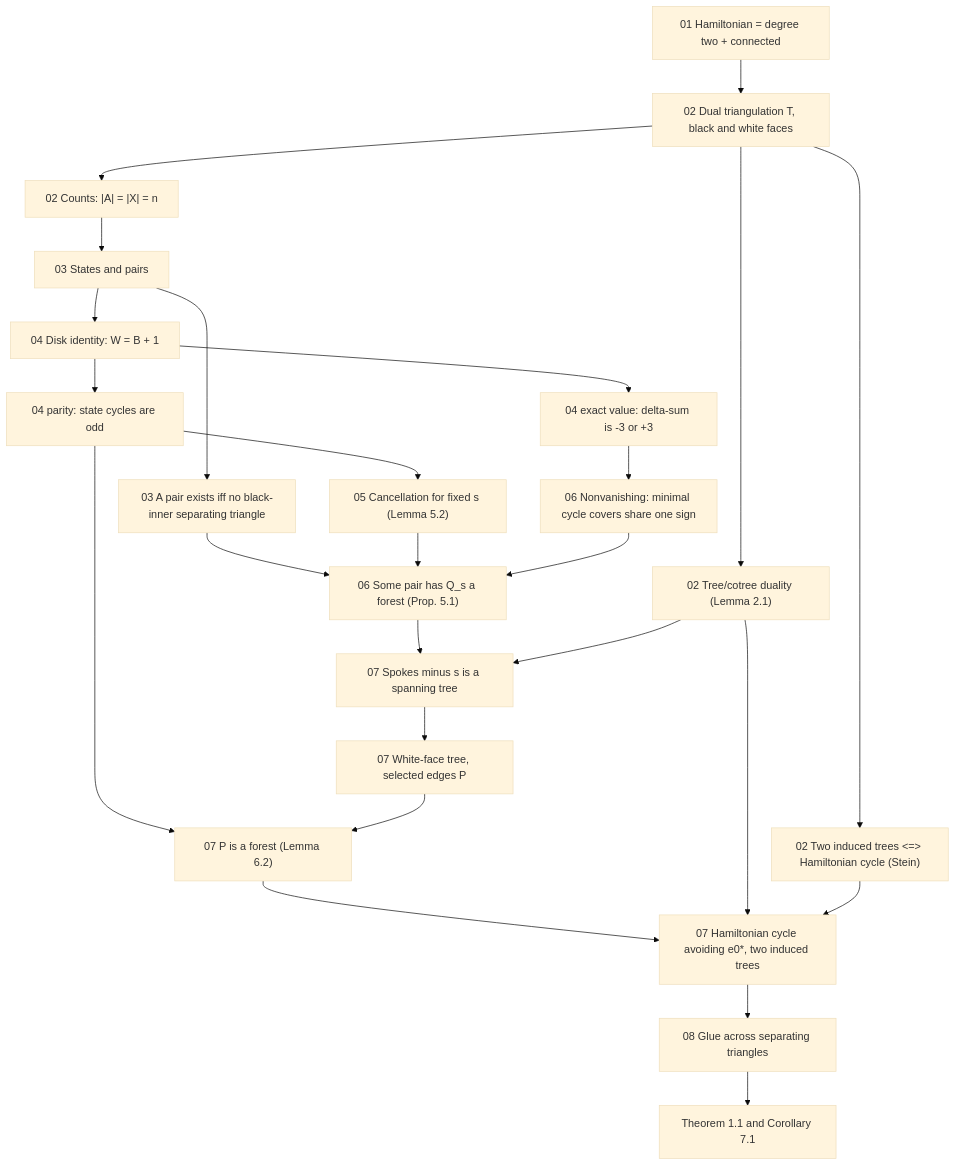
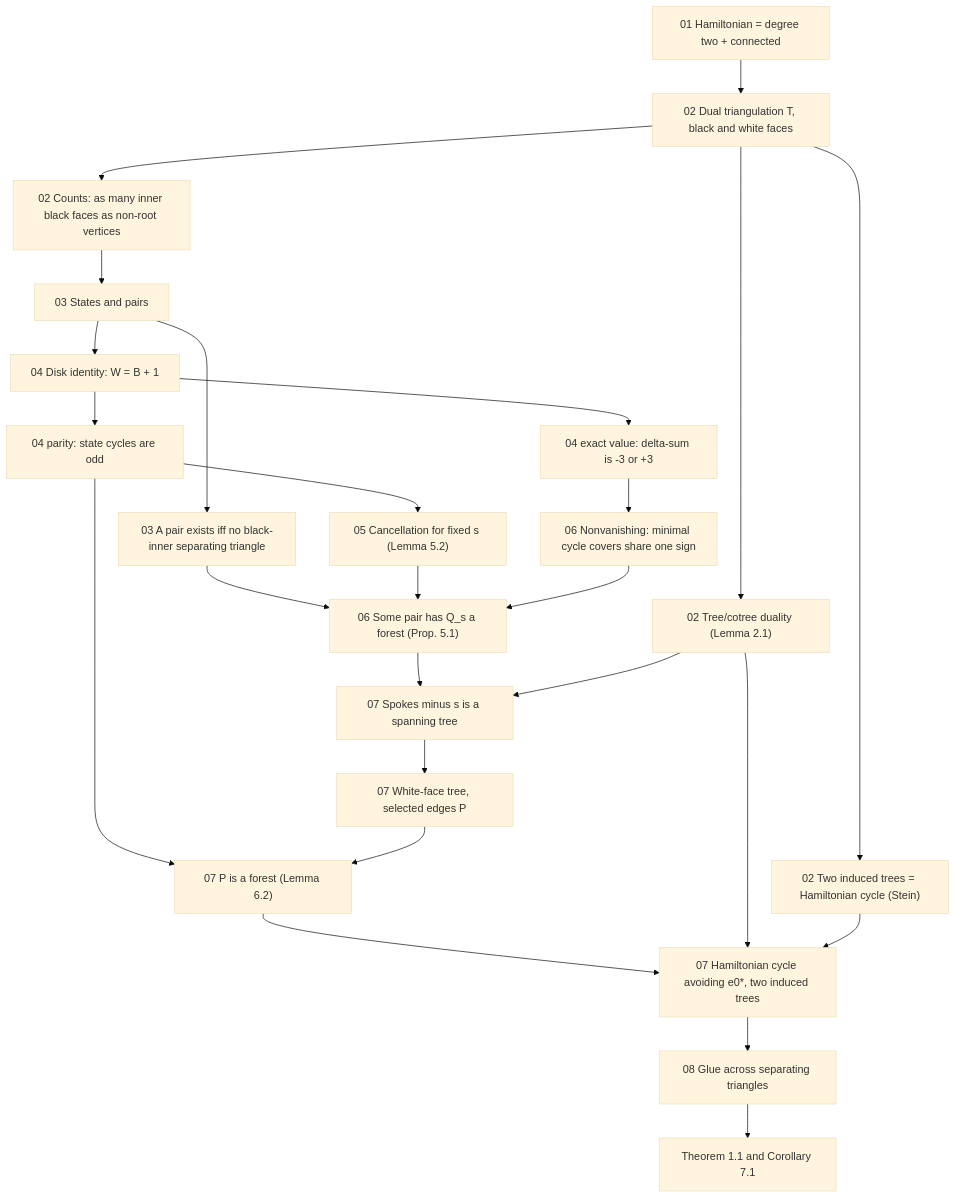
The diagram in digestions/steps/00-overview.md (Tomodovodoo/mathathon-Barnette-s-Conjecture), drawn with Mermaid (base theme) before and after one commit. The commit also changed other lines of this file and 8 other files, not shown here.

````diff
--- a/digestions/steps/00-overview.md
+++ b/digestions/steps/00-overview.md
@@ -30,27 +30,27 @@
 ```mermaid
 flowchart TD
     A["01 Hamiltonian = degree two + connected"] --> B["02 Dual triangulation T, black and white faces"]
-    B --> C["02 Two induced trees <=> Hamiltonian cycle (Stein)"]
-    B --> D["02 Counts: |A| = |X| = n"]
+    B --> C["02 Two induced trees = Hamiltonian cycle (Stein)"]
+    B --> D["02 Counts: as many inner black faces as non-root vertices"]
     B --> L["02 Tree/cotree duality (Lemma 2.1)"]
     D --> E["03 States and pairs"]
     E --> F["03 A pair exists iff no black-inner separating triangle"]
     E --> G["04 Disk identity: W = B + 1"]
     G --> G1["04 parity: state cycles are odd"]
     G --> G3["04 exact value: delta-sum is -3 or +3"]
     G1 --> H["05 Cancellation for fixed s (Lemma 5.2)"]
     G3 --> I["06 Nonvanishing: minimal cycle covers share one sign"]
     F --> J["06 Some pair has Q_s a forest (Prop. 5.1)"]
     H --> J
     I --> J
     J --> K["07 Spokes minus s is a spanning tree"]
     L --> K
     K --> M["07 White-face tree, selected edges P"]
     G1 --> N["07 P is a forest (Lemma 6.2)"]
     M --> N
     N --> O["07 Hamiltonian cycle avoiding e0*, two induced trees"]
     L --> O
     C --> O
     O --> P["08 Glue across separating triangles"]
     P --> Q["Theorem 1.1 and Corollary 7.1"]
 ```
````
